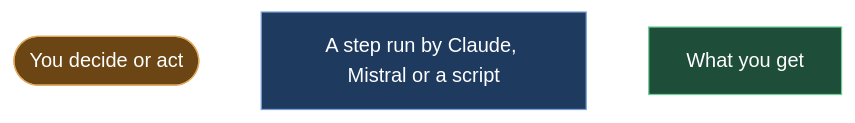
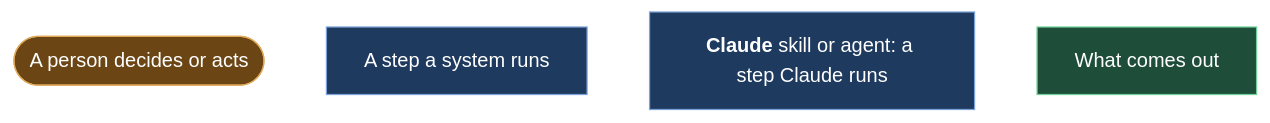
One commit to nunomnferreirapt/news-briefing-skill changed the first of 2 diagrams in README.md. Above: the diagram before and after it, drawn with Mermaid. The commit also changed other lines of this file, not shown here.

Commit message:
README: the diagram key now matches the shared key used across the public repos

````diff
--- a/README.md
+++ b/README.md
@@ -19,7 +19,7 @@
 ```mermaid
 flowchart LR
-    K1(["You decide or act"]):::human ~~~ K2["A step run by Claude, Mistral or a script"]:::sys ~~~ K3["What you get"]:::out
+    K1(["A person decides or acts"]):::human ~~~ K2["A step a system runs"]:::sys ~~~ K3["`**Claude** skill or agent: a step Claude runs`"]:::sys ~~~ K4["What comes out"]:::out
     classDef sys fill:#1f3a5f,stroke:#7aa2d8,color:#ffffff
     classDef human fill:#6b4514,stroke:#e0a95a,color:#ffffff
     classDef out fill:#1e4d3a,stroke:#6fcf97,color:#ffffff
 ```
````
